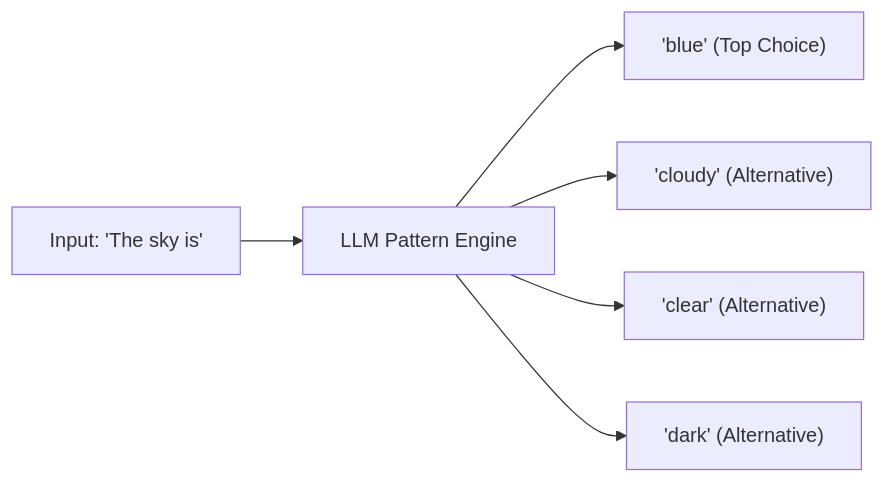
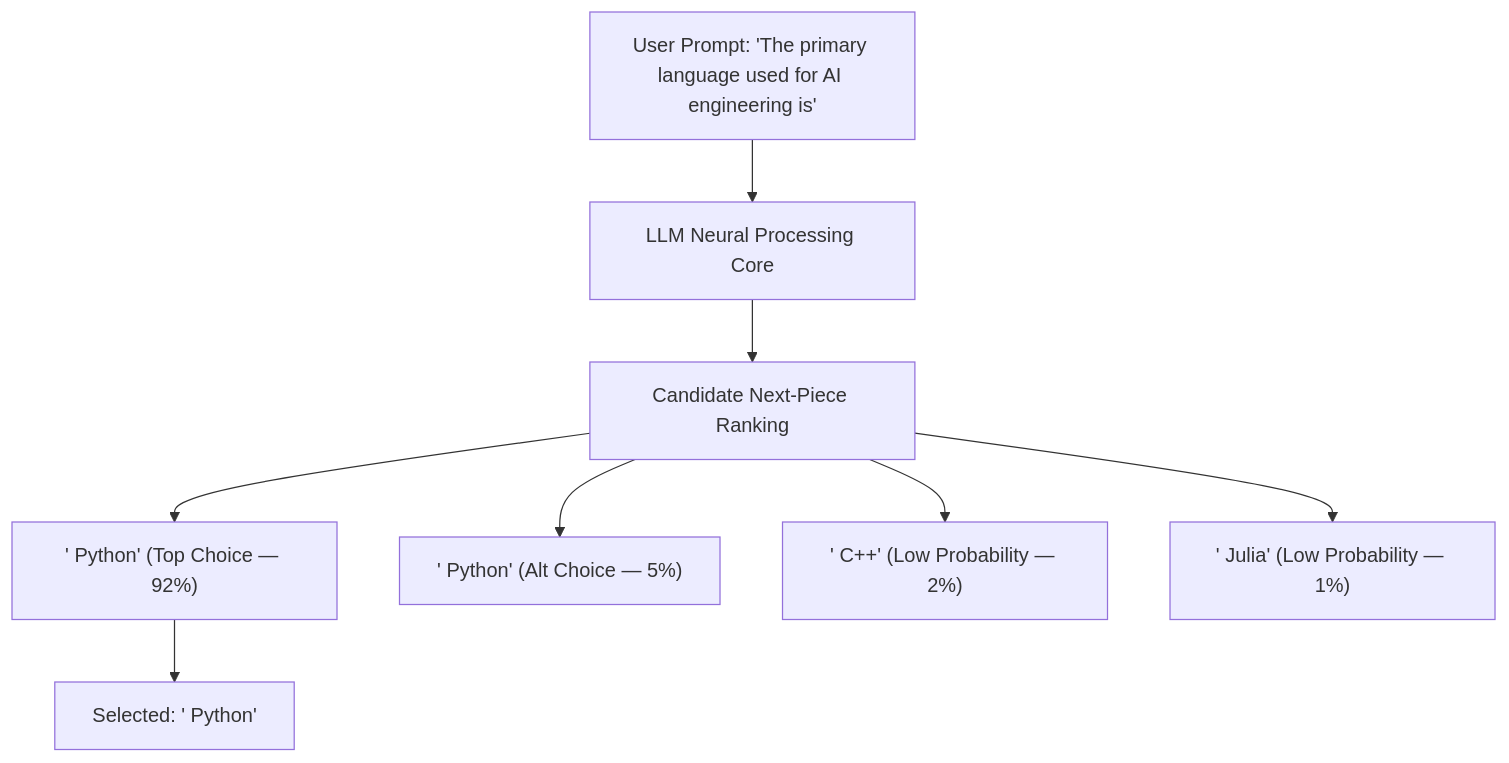
The first of 11 diagrams in 02-llm-api-fundamentals/01-llm-fundamentals/README.md (mr-mk-dev/py-ai-craft), drawn with Mermaid before and after one commit. The commit also changed other lines of this file and 114 other files, not shown here.

Commit message:
Full RoadMap .md file Completed

````diff
--- a/02-llm-api-fundamentals/01-llm-fundamentals/README.md
+++ b/02-llm-api-fundamentals/01-llm-fundamentals/README.md
@@ -41,8 +42,10 @@
 ```mermaid
-flowchart LR
-    A["Input: 'The sky is'"] --> B["LLM Pattern Engine"]
-    B --> C["'blue' (Top Choice)"]
-    B --> D["'cloudy' (Alternative)"]
-    B --> E["'clear' (Alternative)"]
-    B --> F["'dark' (Alternative)"]
+flowchart TD
+    Prompt["User Prompt: 'The primary language used for AI engineering is'"] --> Model["LLM Neural Processing Core"]
+    Model --> Distribution["Candidate Next-Piece Ranking"]
+    Distribution --> C1["' Python' (Top Choice — 92%)"]
+    Distribution --> C2["' Python' (Alt Choice — 5%)"]
+    Distribution --> C3["' C++' (Low Probability — 2%)"]
+    Distribution --> C4["' Julia' (Low Probability — 1%)"]
+    C1 --> Selected["Selected: ' Python'"]
 ```
````
